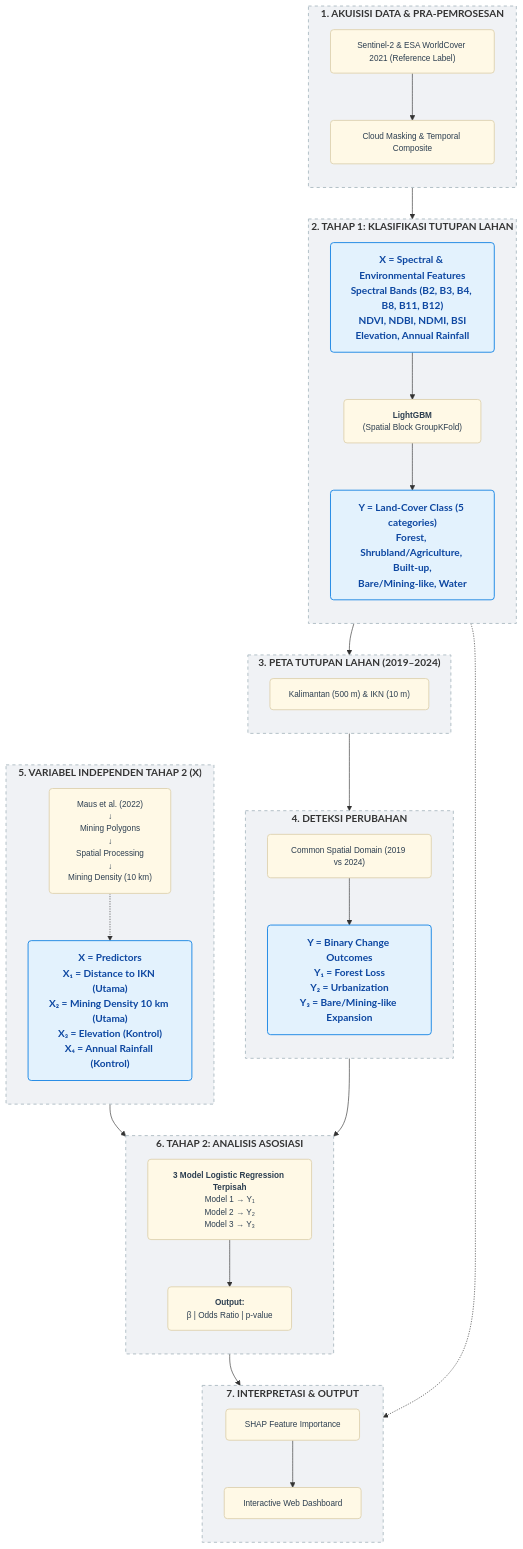
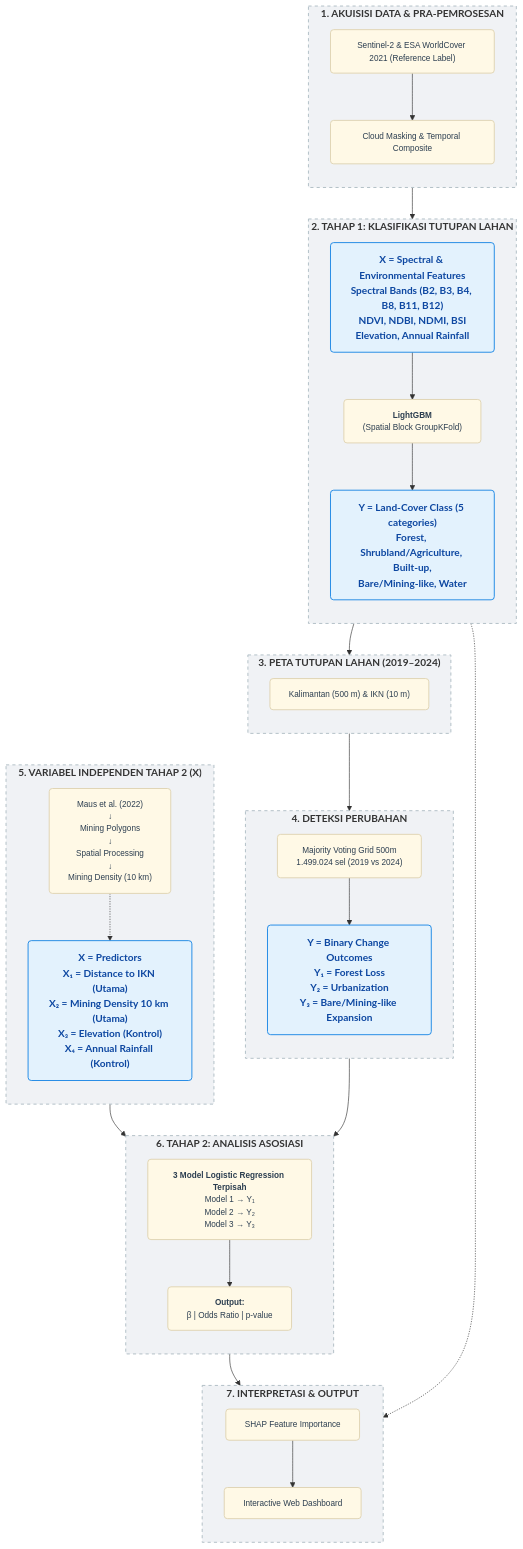
The diagram in flowchart_penelitian.md (nadia1262/datmin-3-v4), drawn with Mermaid before and after one commit. The commit also changed other lines of this file and 16 other files, not shown here.

Commit message:
up to date majority voting method

````diff
--- a/flowchart_penelitian.md
+++ b/flowchart_penelitian.md
@@ -11,68 +11,68 @@
 ```mermaid
 graph TD
     classDef panel fill:#f0f2f5,stroke:#b0bec5,stroke-width:1.5px,stroke-dasharray: 5 5,color:#333;
     classDef process fill:#fff9e6,stroke:#e0d4b3,stroke-width:1.5px,color:#2c3e50,rx:5px,ry:5px,font-family:sans-serif,font-size:13px;
     classDef highlight fill:#e3f2fd,stroke:#1e88e5,stroke-width:1.5px,color:#0d47a1,font-weight:bold,rx:5px,ry:5px;
 
     subgraph S1 ["<b>1. AKUISISI DATA & PRA-PEMROSESAN</b>"]
         direction TB
         D1["Sentinel-2 & ESA WorldCover 2021 (Reference Label)"]:::process
         D2["Cloud Masking & Temporal Composite"]:::process
         D1 --> D2
     end
 
     subgraph S2 ["<b>2. TAHAP 1: KLASIFIKASI TUTUPAN LAHAN</b>"]
         direction TB
         X_ML["<b>X = Spectral & Environmental Features</b><br/>Spectral Bands (B2, B3, B4, B8, B11, B12)<br/>NDVI, NDBI, NDMI, BSI<br/>Elevation, Annual Rainfall"]:::highlight
         ML["<b>LightGBM</b><br/>(Spatial Block GroupKFold)"]:::process
         Y_ML["<b>Y = Land-Cover Class (5 categories)</b><br/>Forest, Shrubland/Agriculture, Built-up,<br/>Bare/Mining-like, Water"]:::highlight
         
         X_ML --> ML --> Y_ML
     end
 
     subgraph S3 ["<b>3. PETA TUTUPAN LAHAN (2019–2024)</b>"]
         direction TB
         Maps["Kalimantan (500 m) & IKN (10 m)"]:::process
     end
 
     subgraph S4 ["<b>4. DETEKSI PERUBAHAN</b>"]
         direction TB
-        CSD["Common Spatial Domain (2019 vs 2024)"]:::process
+        CSD["Majority Voting Grid 500m<br/>1.499.024 sel (2019 vs 2024)"]:::process
         Y_Logit["<b>Y = Binary Change Outcomes</b><br/>Y₁ = Forest Loss<br/>Y₂ = Urbanization<br/>Y₃ = Bare/Mining-like Expansion"]:::highlight
         CSD --> Y_Logit
     end
 
     subgraph S5 ["<b>5. VARIABEL INDEPENDEN TAHAP 2 (X)</b>"]
         direction TB
         Maus["Maus et al. (2022)<br/>↓<br/>Mining Polygons<br/>↓<br/>Spatial Processing<br/>↓<br/>Mining Density (10 km)"]:::process
         X_Logit["<b>X = Predictors</b><br/>X₁ = Distance to IKN (Utama)<br/>X₂ = Mining Density 10 km (Utama)<br/>X₃ = Elevation (Kontrol)<br/>X₄ = Annual Rainfall (Kontrol)"]:::highlight
         Maus -.-> X_Logit
     end
 
     subgraph S6 ["<b>6. TAHAP 2: ANALISIS ASOSIASI</b>"]
         direction TB
         Logit["<b>3 Model Logistic Regression Terpisah</b><br/>Model 1 → Y₁<br/>Model 2 → Y₂<br/>Model 3 → Y₃"]:::process
         Out_Logit["<b>Output:</b><br/>β | Odds Ratio | p-value"]:::process
         Logit --> Out_Logit
     end
 
     subgraph S7 ["<b>7. INTERPRETASI & OUTPUT</b>"]
         direction TB
         SHAP["SHAP Feature Importance"]:::process
         Dash["Interactive Web Dashboard"]:::process
     end
 
     %% --- CONNECTIONS ---
     D2 --> X_ML
     Y_ML --> Maps
     Maps --> CSD
     
     Y_Logit --> Logit
     X_Logit --> Logit
     
     ML -.-> SHAP
     Out_Logit --> Dash
     SHAP --> Dash
 
     class S1,S2,S3,S4,S5,S6,S7 panel;
 ```
````
